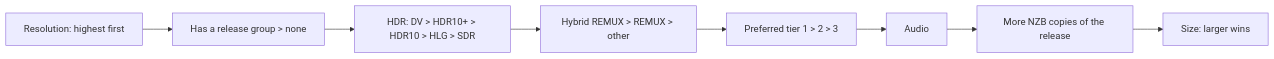
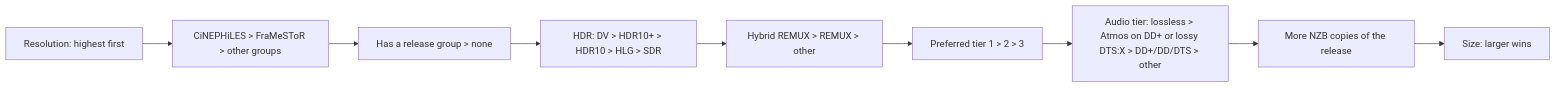
Before and after one commit to Appz4Fun/NeNeTeePee-Stream-Kodi: the second of 2 diagrams in docs-site/how-it-works/search-pipeline.md, drawn with Mermaid. The commit also changed other lines of this file and 27 other files, not shown here.

First line of the commit message:
Normalize picker names, fix release parsing and grouping, rank audio in tiers (#562)

````diff
--- a/docs-site/how-it-works/search-pipeline.md
+++ b/docs-site/how-it-works/search-pipeline.md
@@ -129,11 +146,12 @@
 ```mermaid
 flowchart LR
     A[Resolution: highest first]
-    A --> G[Has a release group > none]
+    A --> P[CiNEPHiLES > FraMeSToR > other groups]
+    P --> G[Has a release group > none]
     G --> B[HDR: DV > HDR10+ > HDR10 > HLG > SDR]
     B --> R[Hybrid REMUX > REMUX > other]
     R --> C[Preferred tier 1 > 2 > 3]
-    C --> D[Audio]
+    C --> D[Audio tier: lossless > Atmos on DD+ or lossy DTS:X > DD+/DD/DTS > other]
     D --> N[More NZB copies of the release]
     N --> E[Size: larger wins]
 ```
````
